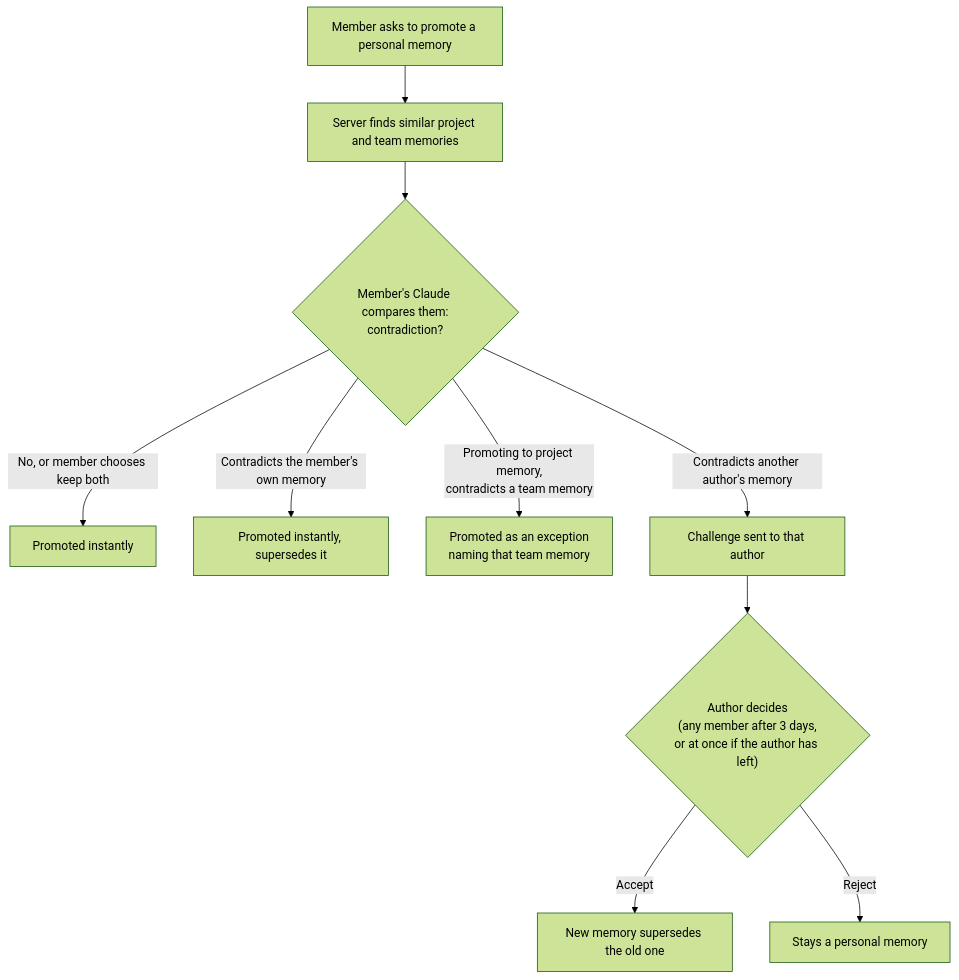
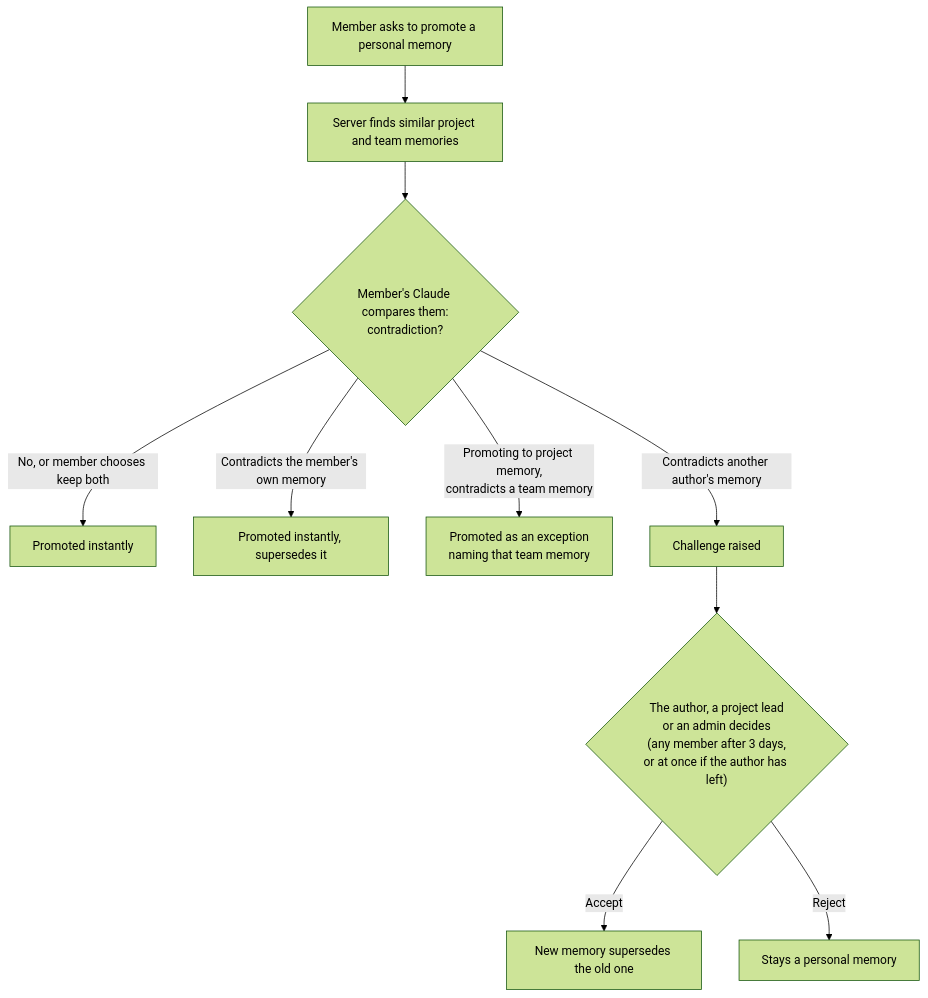
The first of 2 diagrams in docs/design.md (madhav037/shared-memory), drawn with Mermaid (forest theme) before and after one commit. The commit also changed other lines of this file and 23 other files, not shown here.

First line of the commit message:
A project lead or an admin may decide a challenge (#79)

````diff
--- a/docs/design.md
+++ b/docs/design.md
@@ -112,12 +112,12 @@
 ```mermaid
 flowchart TD
   A["Member asks to promote a personal memory"] --> B["Server finds similar project and team memories"]
   B --> C{"Member's Claude compares them:<br/>contradiction?"}
   C -- "No, or member chooses keep both" --> P["Promoted instantly"]
   C -- "Contradicts the member's own memory" --> S["Promoted instantly, supersedes it"]
   C -- "Promoting to project memory,<br/>contradicts a team memory" --> E["Promoted as an exception<br/>naming that team memory"]
-  C -- "Contradicts another author's memory" --> H["Challenge sent to that author"]
-  H --> D{"Author decides<br/>(any member after 3 days,<br/>or at once if the author has left)"}
+  C -- "Contradicts another author's memory" --> H["Challenge raised"]
+  H --> D{"The author, a project lead<br/>or an admin decides<br/>(any member after 3 days,<br/>or at once if the author has left)"}
   D -- Accept --> S2["New memory supersedes the old one"]
   D -- Reject --> R["Stays a personal memory"]
 ```
````
